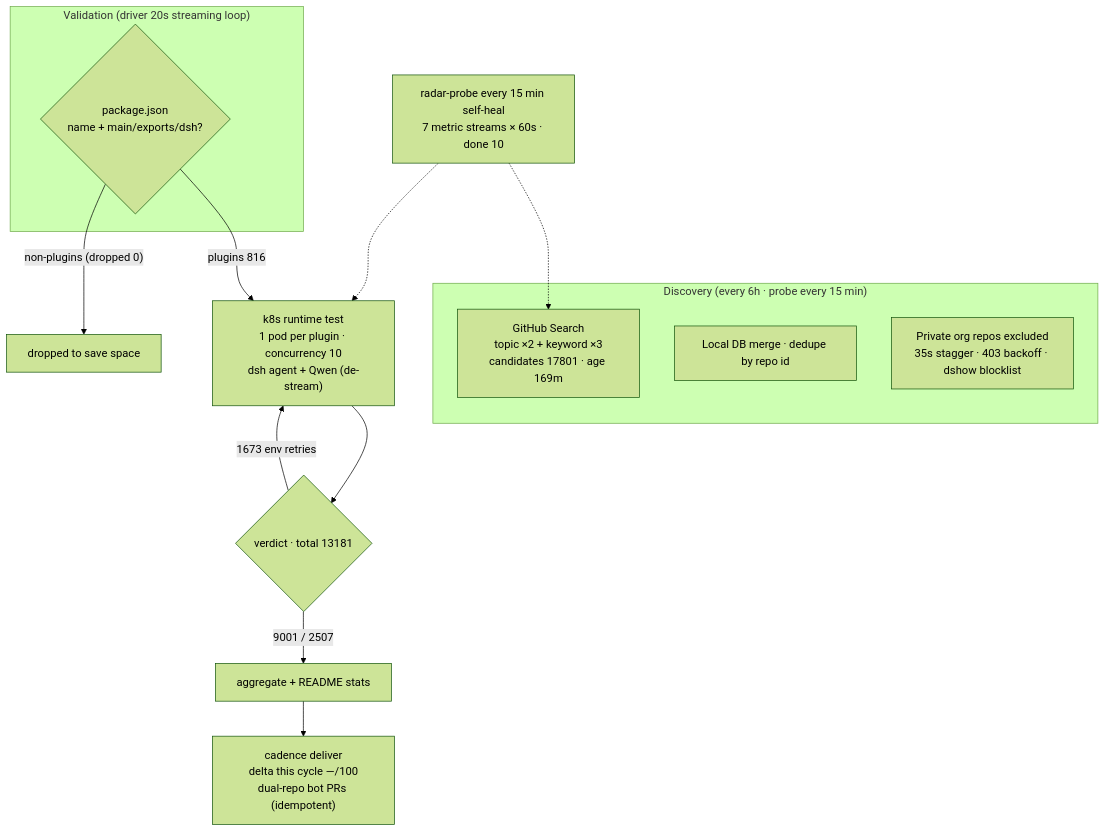
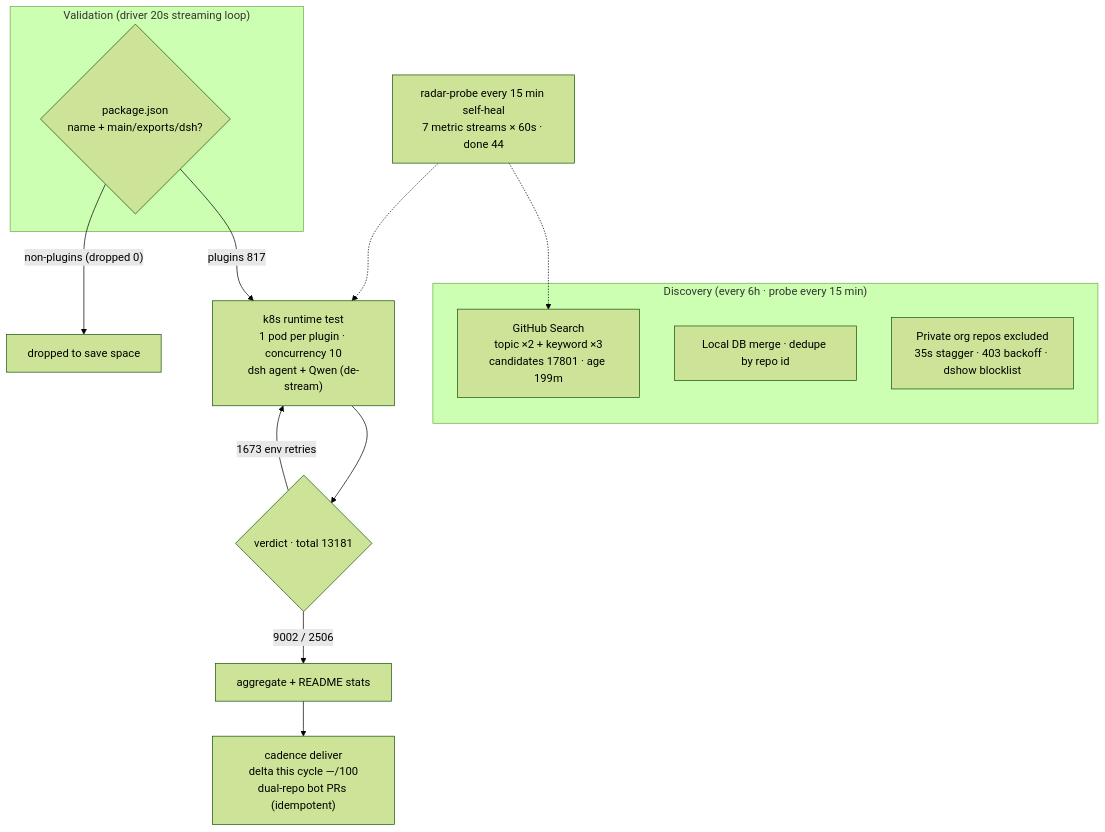
Before and after one commit to AdamPlatin123/awesome-dsh-plugins: the diagram in README.en-US.md, drawn with Mermaid (forest theme). The commit also changed other lines of this file and 5 other files, not shown here.

````diff
--- a/README.en-US.md
+++ b/README.en-US.md
@@ -45,20 +45,20 @@
 ```mermaid
 flowchart TB
     subgraph Discovery["Discovery (every 6h · probe every 15 min)"]
-        A1["GitHub Search<br/>topic ×2 + keyword ×3<br/>candidates 17801 · age 169m"]
+        A1["GitHub Search<br/>topic ×2 + keyword ×3<br/>candidates 17801 · age 199m"]
         A2["Local DB merge · dedupe by repo id"]
         A3["Private org repos excluded<br/>35s stagger · 403 backoff · dshow blocklist"]
     end
     subgraph Validation["Validation (driver 20s streaming loop)"]
         B1{"package.json<br/>name + main/exports/dsh?"}
     end
-    B1 -->|"plugins 816"| C1["k8s runtime test<br/>1 pod per plugin · concurrency 10<br/>dsh agent + Qwen (de-stream)"]
+    B1 -->|"plugins 817"| C1["k8s runtime test<br/>1 pod per plugin · concurrency 10<br/>dsh agent + Qwen (de-stream)"]
     B1 -->|"non-plugins (dropped 0)"| B3["dropped to save space"]
     C1 --> D1{"verdict · total 13181"}
-    D1 -->|"9001 / 2507"| E1["aggregate + README stats"]
+    D1 -->|"9002 / 2506"| E1["aggregate + README stats"]
     D1 -->|"1673 env retries"| C1
     E1 --> E2["cadence deliver<br/>delta this cycle —/100<br/>dual-repo bot PRs (idempotent)"]
-    M["radar-probe every 15 min self-heal<br/>7 metric streams × 60s · done 10"]
+    M["radar-probe every 15 min self-heal<br/>7 metric streams × 60s · done 44"]
     M -.-> A1
     M -.-> C1
 ```
````
